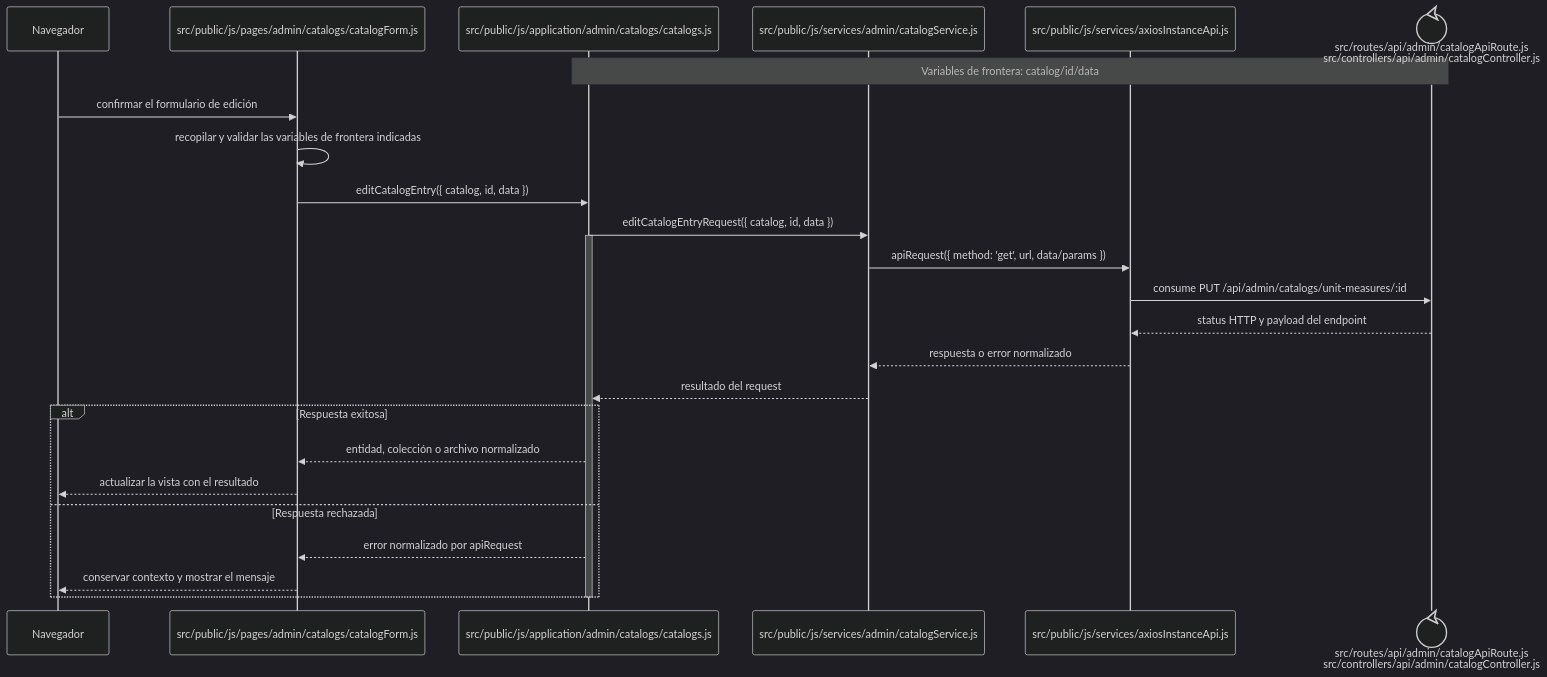
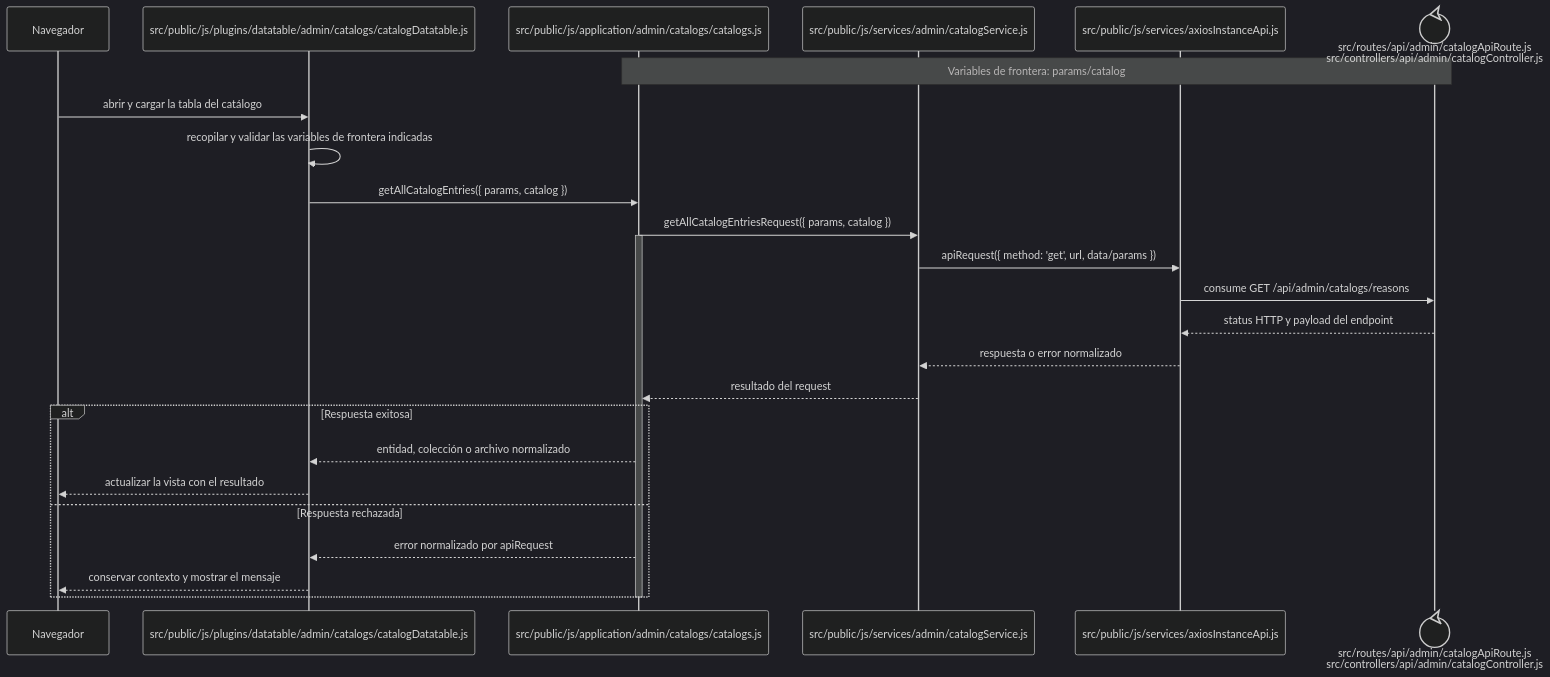
The diagram in docs/architecture/frontend-code-sequences/catalogs/cu-cat-21.md (gpgsistemas01/nexus), drawn with Mermaid (dark theme) before and after one commit. The commit also changed other lines of this file and 167 other files, not shown here.

````diff
--- a/docs/architecture/frontend-code-sequences/catalogs/cu-cat-21.md
+++ b/docs/architecture/frontend-code-sequences/catalogs/cu-cat-21.md
@@ -6,29 +6,29 @@
 ```mermaid
 sequenceDiagram
     participant Browser as Navegador
-    participant View as src/public/js/pages/admin/catalogs/catalogForm.js
+    participant View as src/public/js/plugins/datatable/admin/catalogs/catalogDatatable.js
     participant Application as src/public/js/application/admin/catalogs/catalogs.js
     participant Request as src/public/js/services/admin/catalogService.js
     participant HTTP as src/public/js/services/axiosInstanceApi.js
     participant Transport@{ "type": "control" } as src/routes/api/admin/catalogApiRoute.js<br/>src/controllers/api/admin/catalogController.js
-    Note over Application,Transport: Variables de frontera: catalog/id/data
+    Note over Application,Transport: Variables de frontera: params/catalog
 
-    Browser->>View: confirmar el formulario de edición
+    Browser->>View: abrir y cargar la tabla del catálogo
     View->>View: recopilar y validar las variables de frontera indicadas
-    View->>Application: editCatalogEntry({ catalog, id, data })
-    Application->>Request: editCatalogEntryRequest({ catalog, id, data })
+    View->>Application: getAllCatalogEntries({ params, catalog })
+    Application->>Request: getAllCatalogEntriesRequest({ params, catalog })
     activate Application
     Request->>HTTP: apiRequest({ method: 'get', url, data/params })
-    HTTP->>Transport: consume PUT /api/admin/catalogs/unit-measures/:id
+    HTTP->>Transport: consume GET /api/admin/catalogs/reasons
     Transport-->>HTTP: status HTTP y payload del endpoint
     HTTP-->>Request: respuesta o error normalizado
     Request-->>Application: resultado del request
     alt Respuesta exitosa
         Application-->>View: entidad, colección o archivo normalizado
         View-->>Browser: actualizar la vista con el resultado
     else Respuesta rechazada
         Application-->>View: error normalizado por apiRequest
         View-->>Browser: conservar contexto y mostrar el mensaje
     end
     deactivate Application
 ```
````
